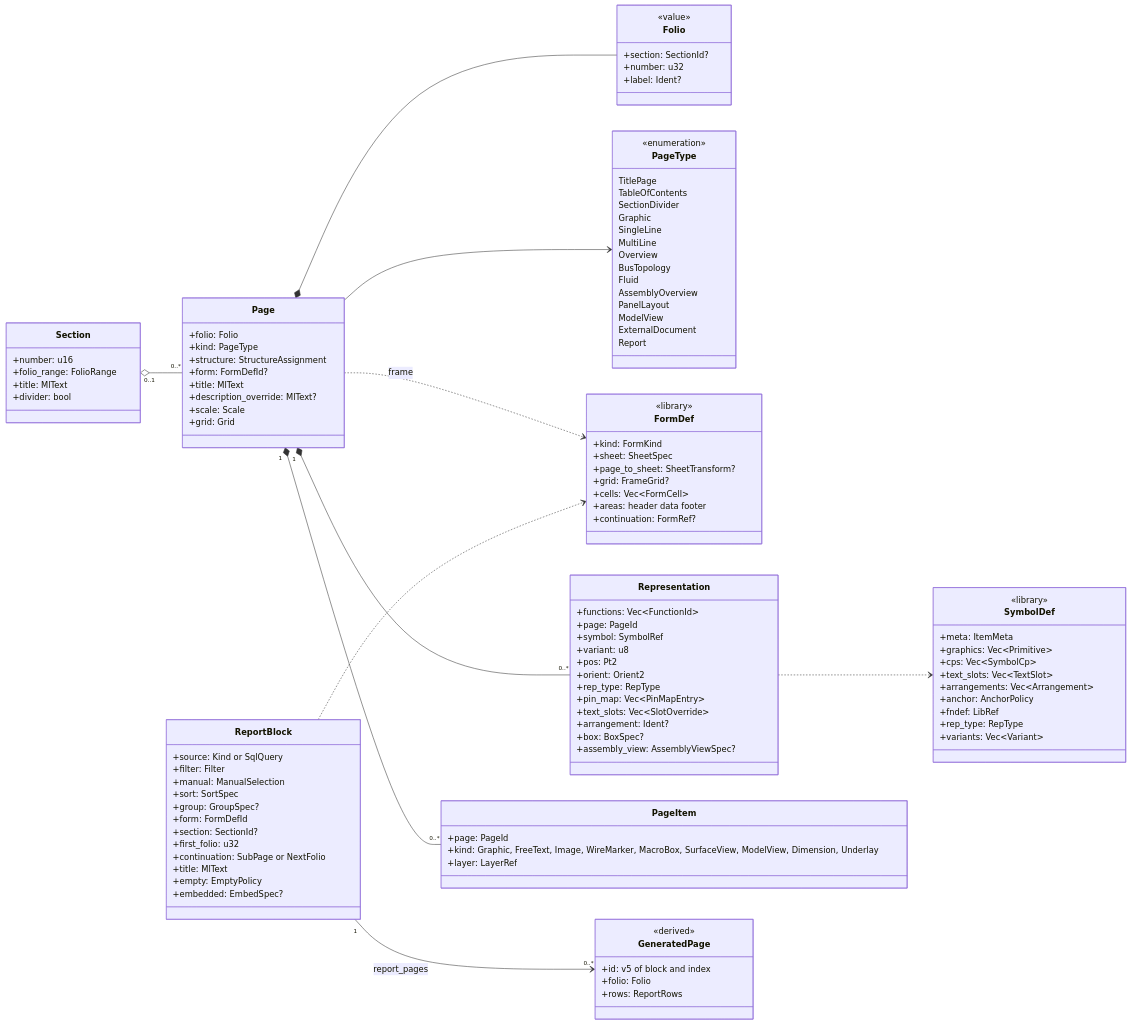
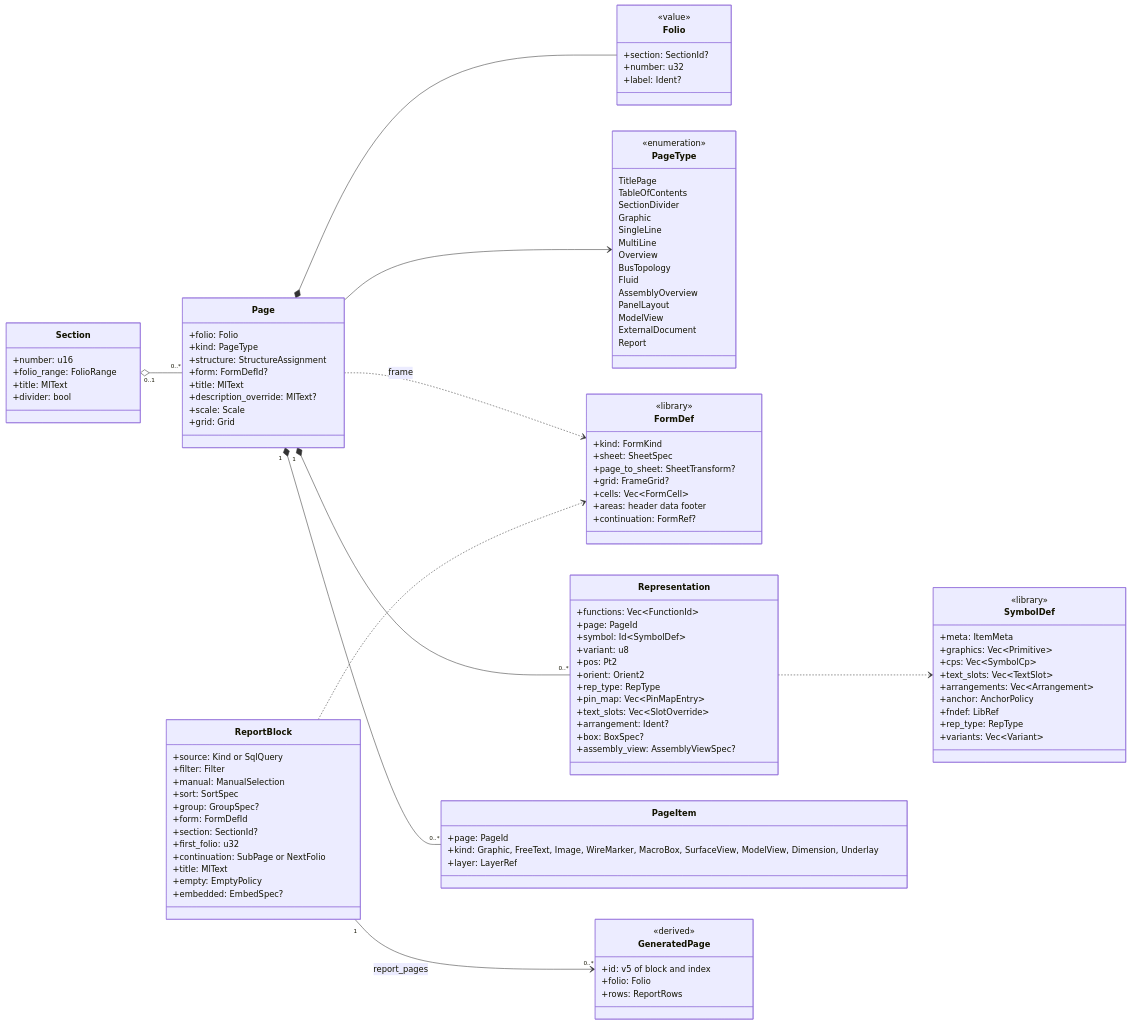
Before and after one commit to Ironkode787/ElektraWatt: the fourth of 20 diagrams in docs/design/03-domain-model.md, drawn with Mermaid. The commit also changed other lines of this file and 12 other files, not shown here.

First line of the commit message:
docs: resolve ew-schema v0 questions and record the foundation dependency edges

```diff
--- a/docs/design/03-domain-model.md
+++ b/docs/design/03-domain-model.md
@@ -563,7 +679,7 @@
   class Representation {
     +functions: Vec~FunctionId~
     +page: PageId
-    +symbol: SymbolRef
+    +symbol: Id~SymbolDef~
     +variant: u8
     +pos: Pt2
     +orient: Orient2
```
